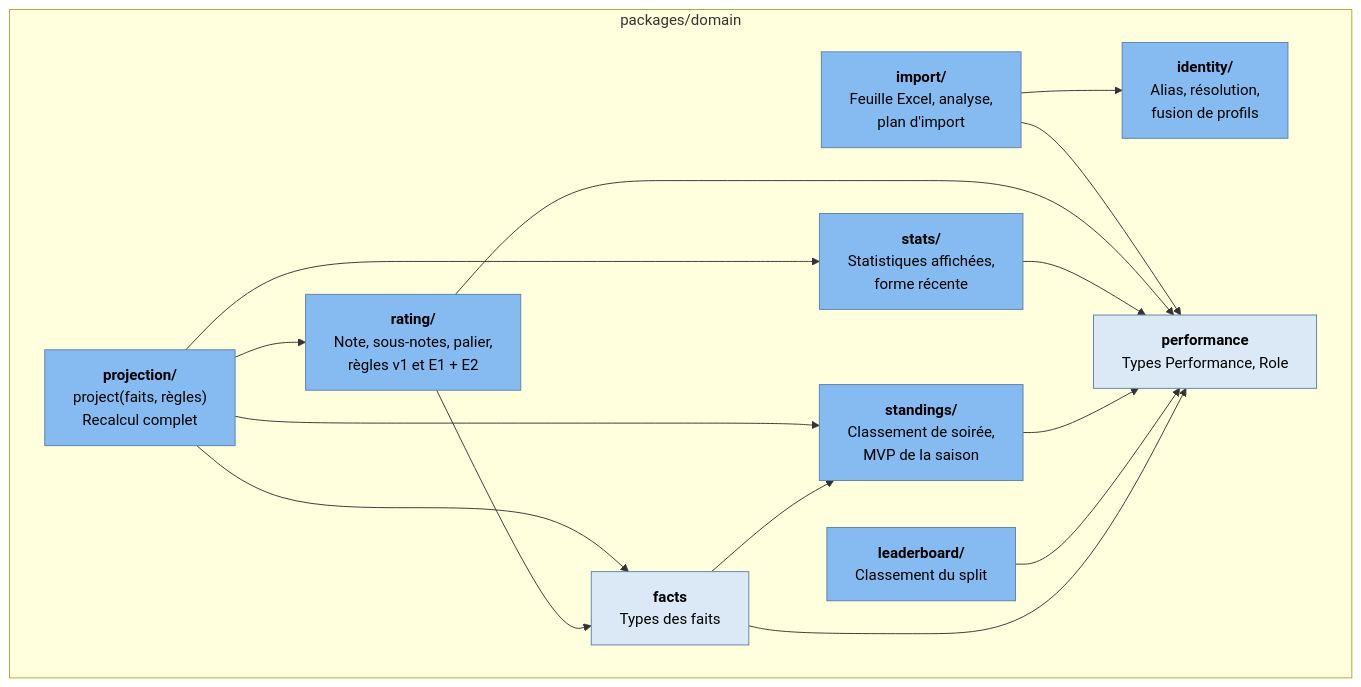
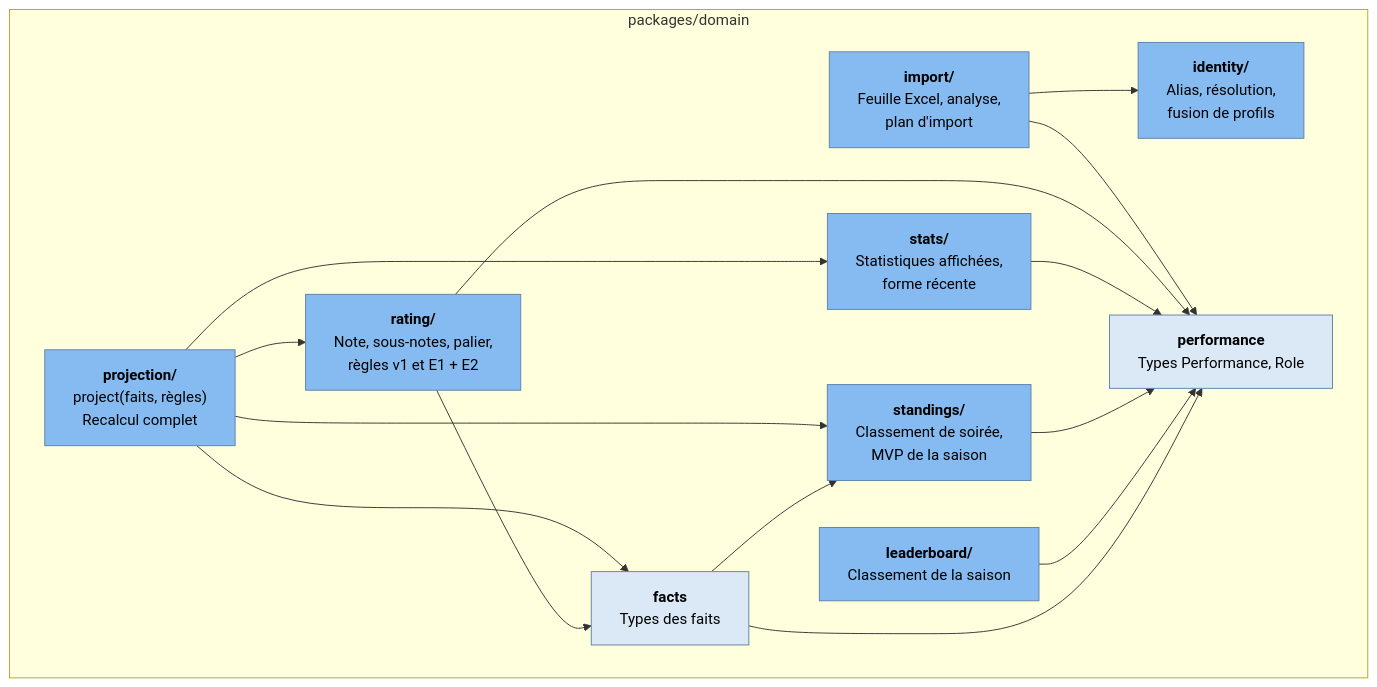
Before and after one commit to Charkx/Arrakard: the third of 5 diagrams in docs/architecture/c4.md, drawn with Mermaid. The commit also changed other lines of this file and 5 other files, not shown here.

First line of the commit message:
docs: l'architecture décrit la saison seule

````diff
--- a/docs/architecture/c4.md
+++ b/docs/architecture/c4.md
@@ -93,31 +93,31 @@
 ```mermaid
 flowchart TB
   classDef component fill:#85bbf0,stroke:#5d82a8,color:#000
   classDef shared fill:#dbe9f7,stroke:#5d82a8,color:#000
 
   subgraph domain["packages/domain"]
     projection["<b>projection/</b><br/>project(faits, règles)<br/>Recalcul complet"]:::component
     import["<b>import/</b><br/>Feuille Excel, analyse,<br/>plan d'import"]:::component
     rating["<b>rating/</b><br/>Note, sous-notes, palier,<br/>règles v1 et E1 + E2"]:::component
     stats["<b>stats/</b><br/>Statistiques affichées,<br/>forme récente"]:::component
     standings["<b>standings/</b><br/>Classement de soirée,<br/>MVP de la saison"]:::component
-    leaderboard["<b>leaderboard/</b><br/>Classement du split"]:::component
+    leaderboard["<b>leaderboard/</b><br/>Classement de la saison"]:::component
     identity["<b>identity/</b><br/>Alias, résolution,<br/>fusion de profils"]:::component
     facts["<b>facts</b><br/>Types des faits"]:::shared
     performance["<b>performance</b><br/>Types Performance, Role"]:::shared
   end
 
   projection --> rating
   projection --> stats
   projection --> standings
   projection --> facts
   import --> identity
   import --> performance
   rating --> facts
   rating --> performance
   stats --> performance
   standings --> performance
   leaderboard --> performance
   facts --> standings
   facts --> performance
 ```
````
